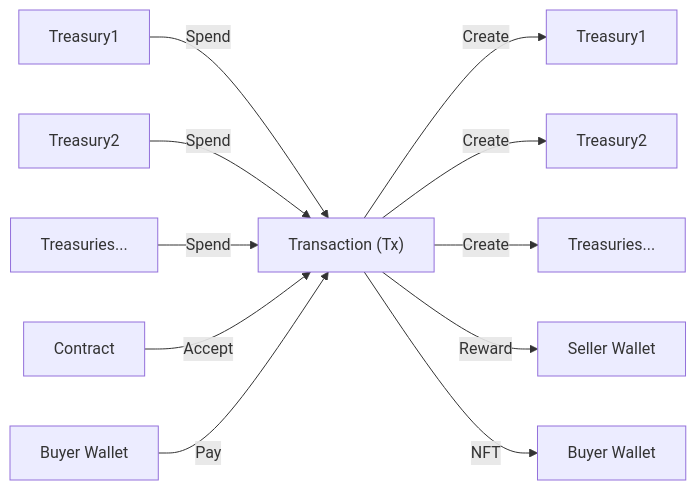
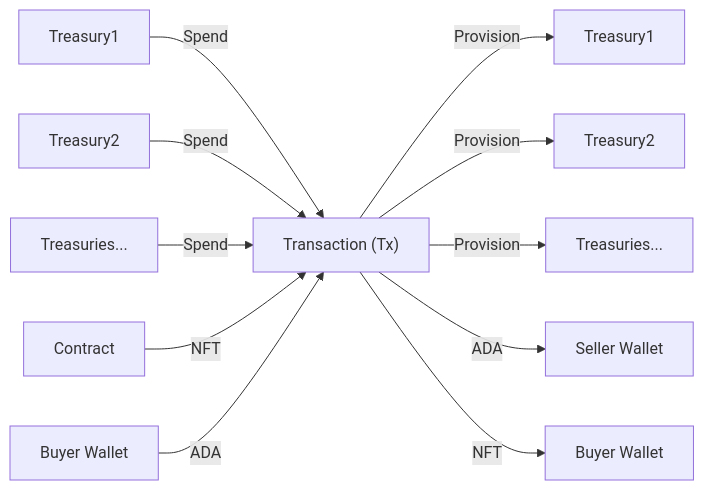
The second of 3 diagrams in README.md (JamOnBread/contract), drawn with Mermaid before and after one commit. The commit also changed other lines of this file, not shown here.

````diff
--- a/README.md
+++ b/README.md
@@ -134,24 +134,24 @@
 ```mermaid
 flowchart LR
    treasuryIn1[Treasury1]
    treasuryIn2[Treasury2]
    treasuryIn3[Treasuries...]
    instantBuy[Contract]
    buyerIn[Buyer Wallet]
 
    treasuryIn1 & treasuryIn2 & treasuryIn3 -->|Spend| tx
-   instantBuy --> |Accept| tx
-   buyerIn --> |Pay| tx
+   instantBuy --> |NFT| tx
+   buyerIn --> |ADA| tx
 
    tx["Transaction (Tx)"]
 
-   tx --> |Create| treasuryOut1 & treasuryOut2 & treasuryOut3
-   tx --> |Reward| sellerOut
+   tx --> |Provision| treasuryOut1 & treasuryOut2 & treasuryOut3
+   tx --> |ADA| sellerOut
    tx --> |NFT| buyerOut
 
    treasuryOut1[Treasury1]
    treasuryOut2[Treasury2]
    treasuryOut3[Treasuries...]
    buyerOut[Buyer Wallet]
    sellerOut[Seller Wallet]
 ```
````
